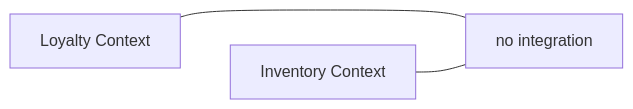
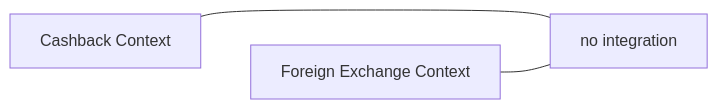
The diagram in i18n/en/docusaurus-plugin-content-docs/current/design/ddd/context-mapping/separate-ways.md (alancesar/design-patterns), drawn with Mermaid before and after one commit. The commit also changed other lines of this file and 67 other files, not shown here.

First line of the commit message:
Switch DDD examples and diagrams to fintech scenarios

````diff
--- a/i18n/en/docusaurus-plugin-content-docs/current/design/ddd/context-mapping/separate-ways.md
+++ b/i18n/en/docusaurus-plugin-content-docs/current/design/ddd/context-mapping/separate-ways.md
@@ -54,6 +54,6 @@
 ```mermaid
 flowchart LR
-    A["Loyalty Context"] ~~~ B["Inventory Context"]
+    A["Cashback Context"] ~~~ B["Foreign Exchange Context"]
     A --- X["no integration"]
     B --- X
 ```
````
